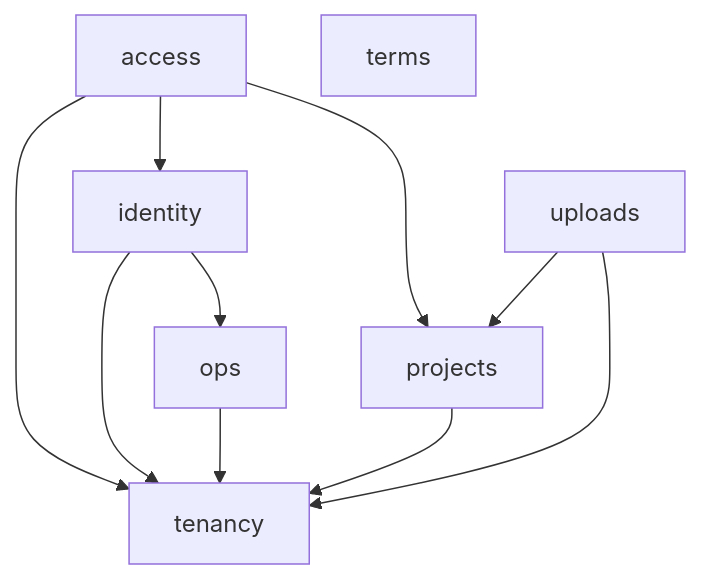
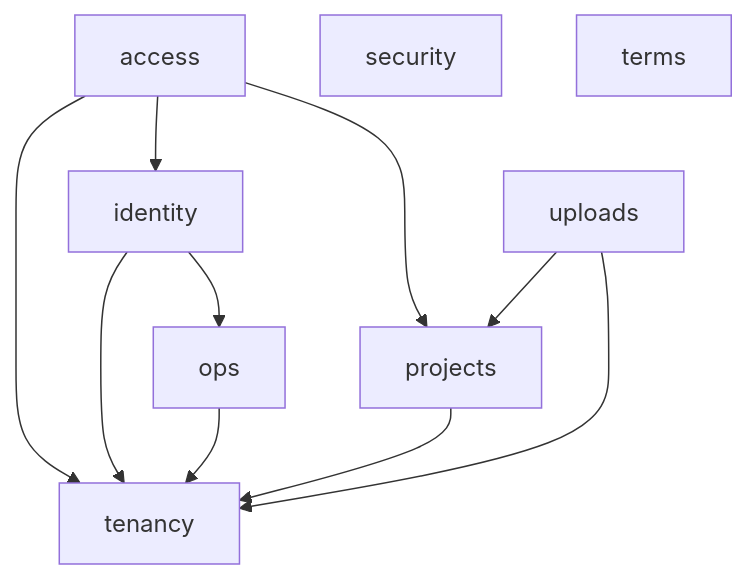
The diagram in docs/architecture/module-map.md (kingdonk-ops/Project-AIP), drawn with Mermaid before and after one commit. The commit also changed other lines of this file and 6 other files, not shown here.

````diff
--- a/docs/architecture/module-map.md
+++ b/docs/architecture/module-map.md
@@ -22,14 +23,15 @@
 ```mermaid
 graph TD
     access --> identity
     access --> projects
     access --> tenancy
     identity --> ops
     identity --> tenancy
     ops --> tenancy
     projects --> tenancy
+    security
     tenancy
     terms
     uploads --> projects
     uploads --> tenancy
 ```
````
